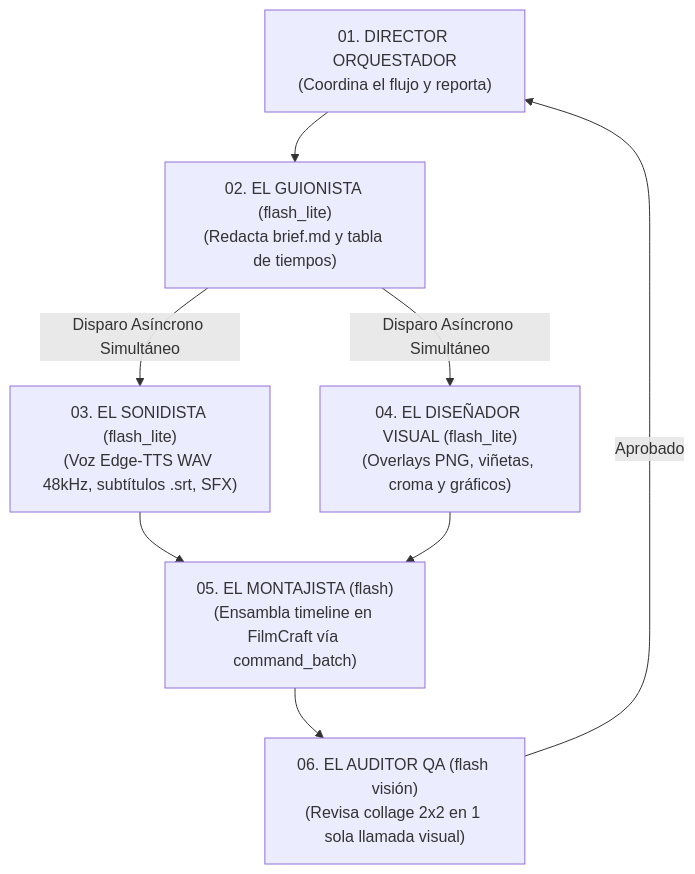
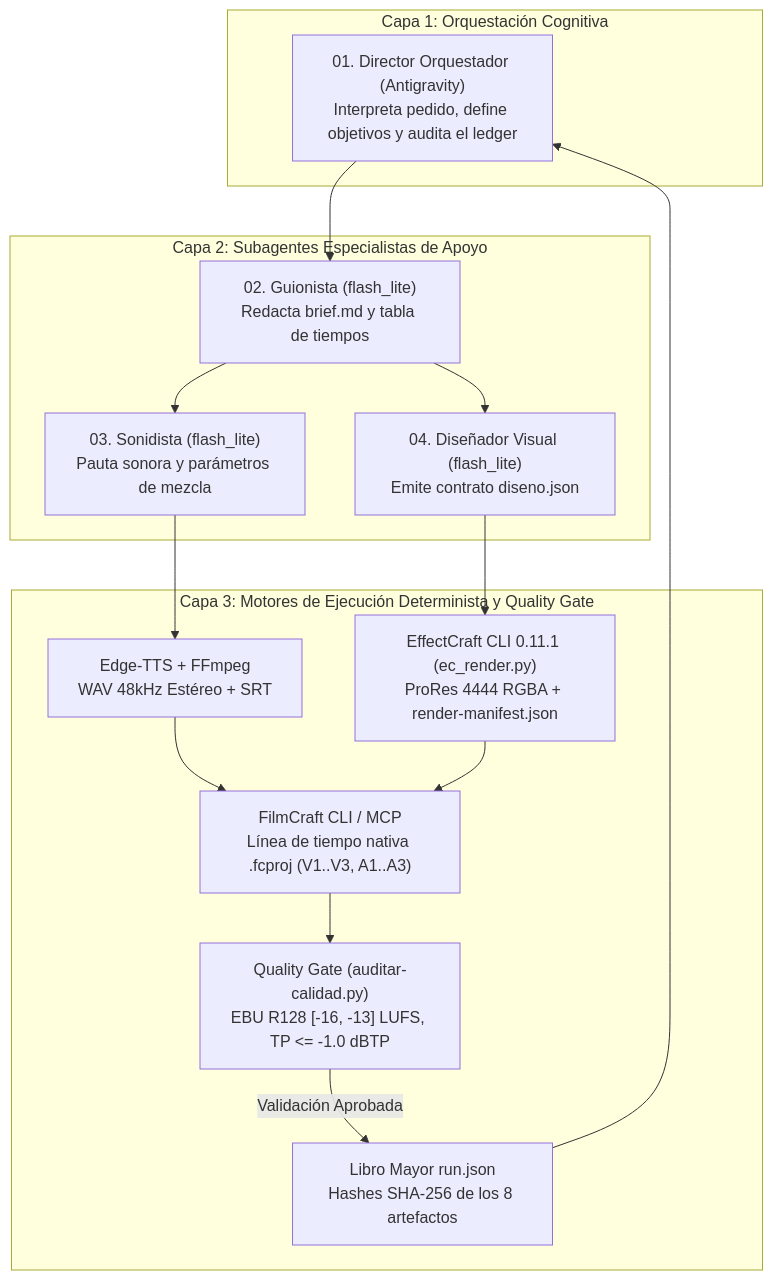
One commit to vilammarx6-droid/editor-filmcraft-con-antigravity changed the diagram in README.md. Above: the diagram before and after it, drawn with Mermaid. The commit also changed other lines of this file and 24 other files, not shown here.

Commit message:
feat: sincerar arquitectura hibrida verificable, suite de 5 pruebas de integridad y golden test FilmCraft+EffectCraft

````diff
--- a/README.md
+++ b/README.md
@@ -31,17 +36,31 @@
 ```mermaid
 flowchart TD
-    D["01. DIRECTOR ORQUESTADOR<br/>(Coordina el flujo y reporta)"]
-    G["02. EL GUIONISTA (flash_lite)<br/>(Redacta brief.md y tabla de tiempos)"]
-    S["03. EL SONIDISTA (flash_lite)<br/>(Voz Edge-TTS WAV 48kHz, subtítulos .srt, SFX)"]
-    V["04. EL DISEÑADOR VISUAL (flash_lite)<br/>(Overlays PNG, viñetas, croma y gráficos)"]
-    M["05. EL MONTAJISTA (flash)<br/>(Ensambla timeline en FilmCraft vía command_batch)"]
-    Q["06. EL AUDITOR QA (flash visión)<br/>(Revisa collage 2x2 en 1 sola llamada visual)"]
+    subgraph Capa1["Capa 1: Orquestación Cognitiva"]
+        DIR["01. Director Orquestador (Antigravity)<br/>Interpreta pedido, define objetivos y audita el ledger"]
+    end
 
-    D --> G
-    G -->|Disparo Asíncrono Simultáneo| S
-    G -->|Disparo Asíncrono Simultáneo| V
-    S --> M
-    V --> M
-    M --> Q
-    Q -->|Aprobado| D
+    subgraph Capa2["Capa 2: Subagentes Especialistas de Apoyo"]
+        G["02. Guionista (flash_lite)<br/>Redacta brief.md y tabla de tiempos"]
+        S["03. Sonidista (flash_lite)<br/>Pauta sonora y parámetros de mezcla"]
+        D["04. Diseñador Visual (flash_lite)<br/>Emite contrato diseno.json"]
+    end
+
+    subgraph Capa3["Capa 3: Motores de Ejecución Determinista y Quality Gate"]
+        TTS["Edge-TTS + FFmpeg<br/>WAV 48kHz Estéreo + SRT"]
+        EC["EffectCraft CLI 0.11.1 (ec_render.py)<br/>ProRes 4444 RGBA + render-manifest.json"]
+        FC["FilmCraft CLI / MCP<br/>Línea de tiempo nativa .fcproj (V1..V3, A1..A3)"]
+        QC["Quality Gate (auditar-calidad.py)<br/>EBU R128 [-16, -13] LUFS, TP <= -1.0 dBTP"]
+        RUN["Libro Mayor run.json<br/>Hashes SHA-256 de los 8 artefactos"]
+    end
+
+    DIR --> G
+    G --> S
+    G --> D
+    S --> TTS
+    D --> EC
+    TTS --> FC
+    EC --> FC
+    FC --> QC
+    QC -->|Validación Aprobada| RUN
+    RUN --> DIR
 ```
````
